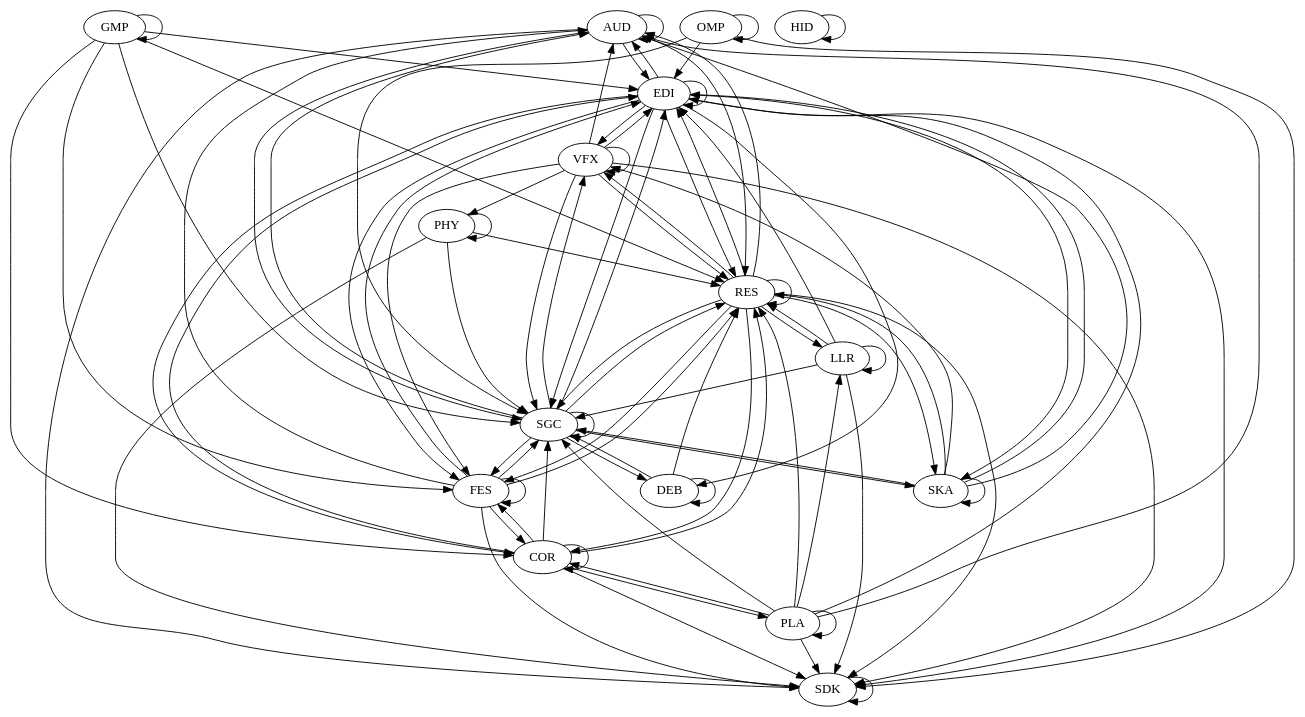
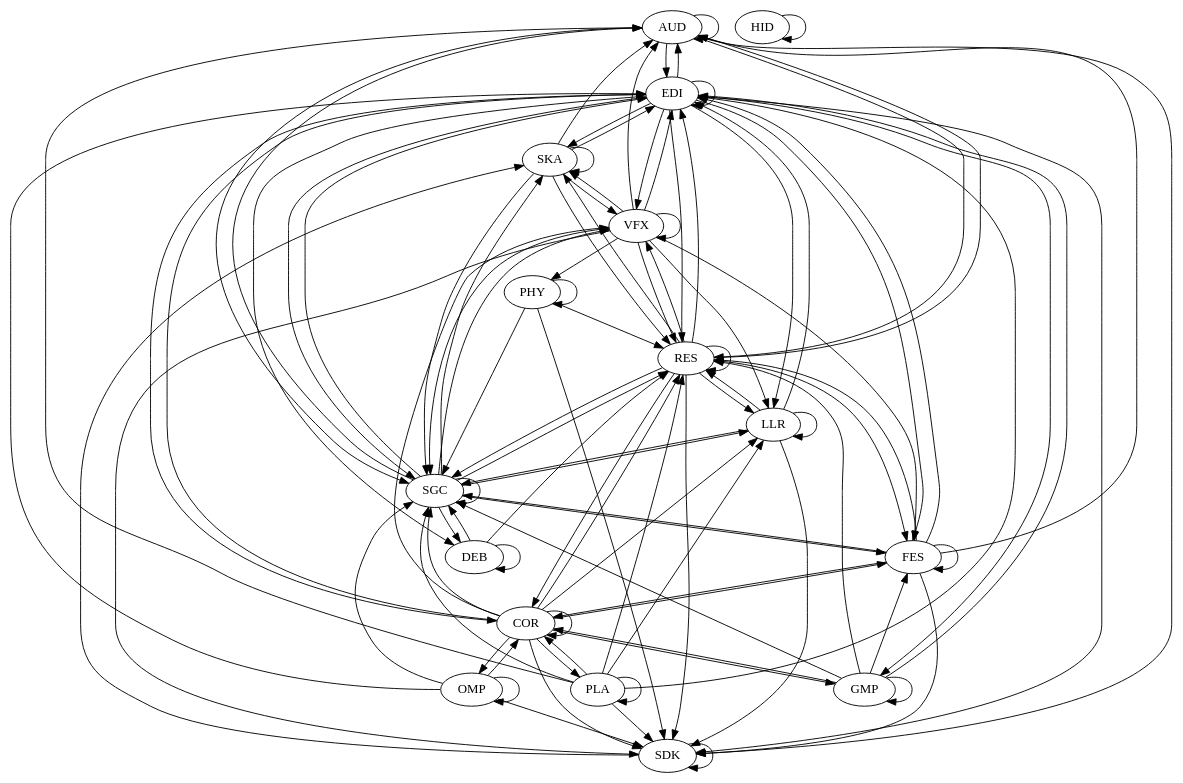
Before and after one commit to gamedev-studies/game-engine-analyser: the diagram in 6_architectural_map_gen/outputs/godot.dot, drawn with Graphviz. The commit also changed 8 other files, not shown here.

```diff
--- a/6_architectural_map_gen/outputs/godot.dot
+++ b/6_architectural_map_gen/outputs/godot.dot
@@ -1,95 +1,106 @@
 digraph "source tree" {
 	"AUD" -> "AUD"
 	"AUD" -> "EDI"
 	"AUD" -> "RES"
 	"AUD" -> "SDK"
 	"AUD" -> "SGC"
 	"COR" -> "COR"
 	"COR" -> "EDI"
 	"COR" -> "FES"
+	"COR" -> "GMP"
+	"COR" -> "LLR"
+	"COR" -> "OMP"
 	"COR" -> "PLA"
 	"COR" -> "RES"
 	"COR" -> "SDK"
 	"COR" -> "SGC"
+	"COR" -> "VFX"
 	"DEB" -> "DEB"
 	"DEB" -> "RES"
 	"DEB" -> "SGC"
 	"EDI" -> "AUD"
 	"EDI" -> "COR"
 	"EDI" -> "DEB"
 	"EDI" -> "EDI"
 	"EDI" -> "FES"
+	"EDI" -> "GMP"
+	"EDI" -> "LLR"
 	"EDI" -> "RES"
 	"EDI" -> "SDK"
 	"EDI" -> "SGC"
 	"EDI" -> "SKA"
 	"EDI" -> "VFX"
 	"FES" -> "AUD"
 	"FES" -> "COR"
 	"FES" -> "EDI"
 	"FES" -> "FES"
 	"FES" -> "RES"
 	"FES" -> "SDK"
 	"FES" -> "SGC"
 	"GMP" -> "COR"
 	"GMP" -> "EDI"
 	"GMP" -> "FES"
 	"GMP" -> "GMP"
 	"GMP" -> "RES"
 	"GMP" -> "SGC"
 	"HID" -> "HID"
 	"LLR" -> "EDI"
 	"LLR" -> "LLR"
 	"LLR" -> "RES"
 	"LLR" -> "SDK"
 	"LLR" -> "SGC"
+	"OMP" -> "COR"
 	"OMP" -> "EDI"
 	"OMP" -> "OMP"
 	"OMP" -> "SDK"
 	"OMP" -> "SGC"
 	"PHY" -> "PHY"
 	"PHY" -> "RES"
 	"PHY" -> "SDK"
 	"PHY" -> "SGC"
 	"PLA" -> "AUD"
 	"PLA" -> "COR"
 	"PLA" -> "EDI"
 	"PLA" -> "LLR"
 	"PLA" -> "PLA"
 	"PLA" -> "RES"
 	"PLA" -> "SDK"
 	"PLA" -> "SGC"
 	"RES" -> "AUD"
 	"RES" -> "COR"
 	"RES" -> "EDI"
 	"RES" -> "FES"
 	"RES" -> "LLR"
 	"RES" -> "RES"
 	"RES" -> "SDK"
 	"RES" -> "SGC"
 	"RES" -> "SKA"
 	"RES" -> "VFX"
 	"SDK" -> "SDK"
+	"SDK" -> "SKA"
 	"SGC" -> "AUD"
 	"SGC" -> "DEB"
 	"SGC" -> "EDI"
 	"SGC" -> "FES"
+	"SGC" -> "LLR"
 	"SGC" -> "RES"
 	"SGC" -> "SGC"
 	"SGC" -> "SKA"
 	"SGC" -> "VFX"
 	"SKA" -> "AUD"
 	"SKA" -> "EDI"
 	"SKA" -> "RES"
 	"SKA" -> "SGC"
 	"SKA" -> "SKA"
 	"SKA" -> "VFX"
 	"VFX" -> "AUD"
 	"VFX" -> "EDI"
 	"VFX" -> "FES"
+	"VFX" -> "LLR"
 	"VFX" -> "PHY"
 	"VFX" -> "RES"
 	"VFX" -> "SDK"
 	"VFX" -> "SGC"
+	"VFX" -> "SKA"
 	"VFX" -> "VFX"
 }
```
